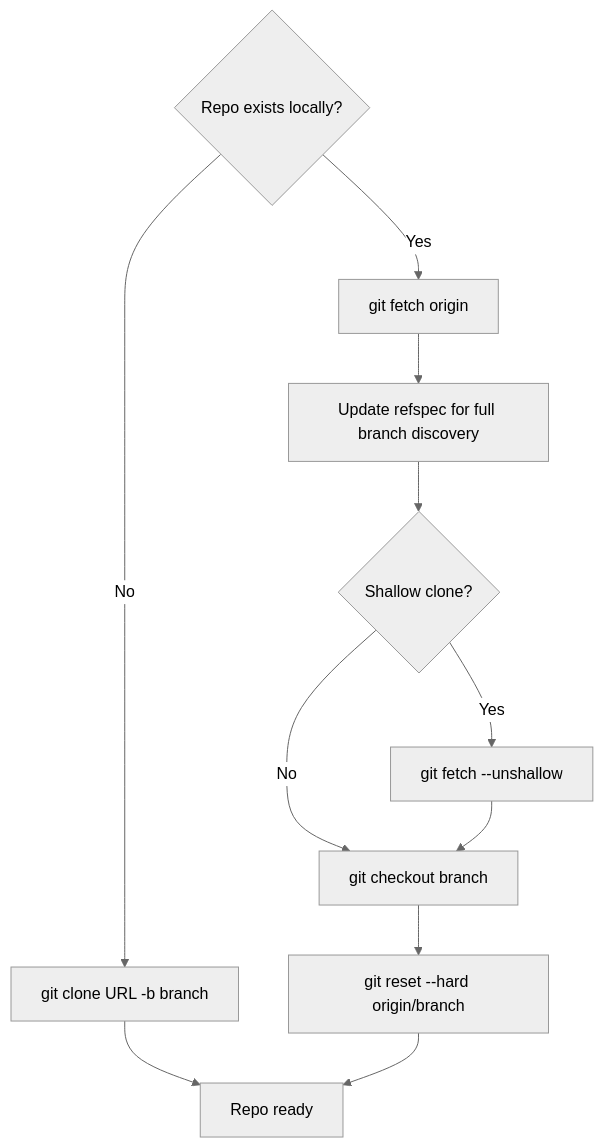
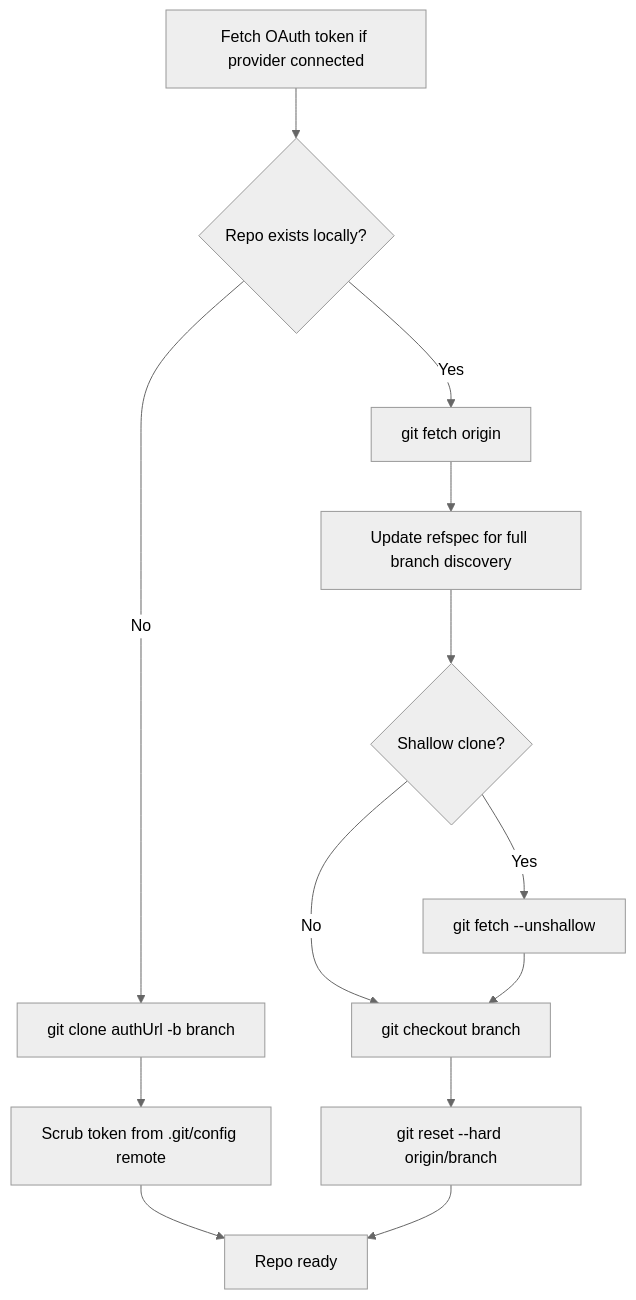
One commit to kpndevrootentri/dropdeploy changed the seventh of 12 diagrams in docs/HOW-IT-WORKS.md. Above: the diagram before and after it, drawn with Mermaid (neutral theme). The commit also changed other lines of this file and 5 other files, not shown here.

````diff
--- a/docs/HOW-IT-WORKS.md
+++ b/docs/HOW-IT-WORKS.md
@@ -223,14 +272,15 @@
 ```mermaid
 flowchart TD
-    A{Repo exists locally?}
-    A -->|No| B[git clone URL -b branch]
-    A -->|Yes| C[git fetch origin]
-    C --> D[Update refspec for full branch discovery]
-    D --> E{Shallow clone?}
-    E -->|Yes| F[git fetch --unshallow]
-    E -->|No| G[git checkout branch]
-    F --> G
-    G --> H[git reset --hard origin/branch]
-    B --> I[Repo ready]
+    A[Fetch OAuth token if provider connected] --> B{Repo exists locally?}
+    B -->|No| C[git clone authUrl -b branch]
+    C --> D[Scrub token from .git/config remote]
+    B -->|Yes| E[git fetch origin]
+    E --> F[Update refspec for full branch discovery]
+    F --> G{Shallow clone?}
+    G -->|Yes| H[git fetch --unshallow]
+    G -->|No| I[git checkout branch]
     H --> I
+    I --> J[git reset --hard origin/branch]
+    D --> K[Repo ready]
+    J --> K
 ```
````
